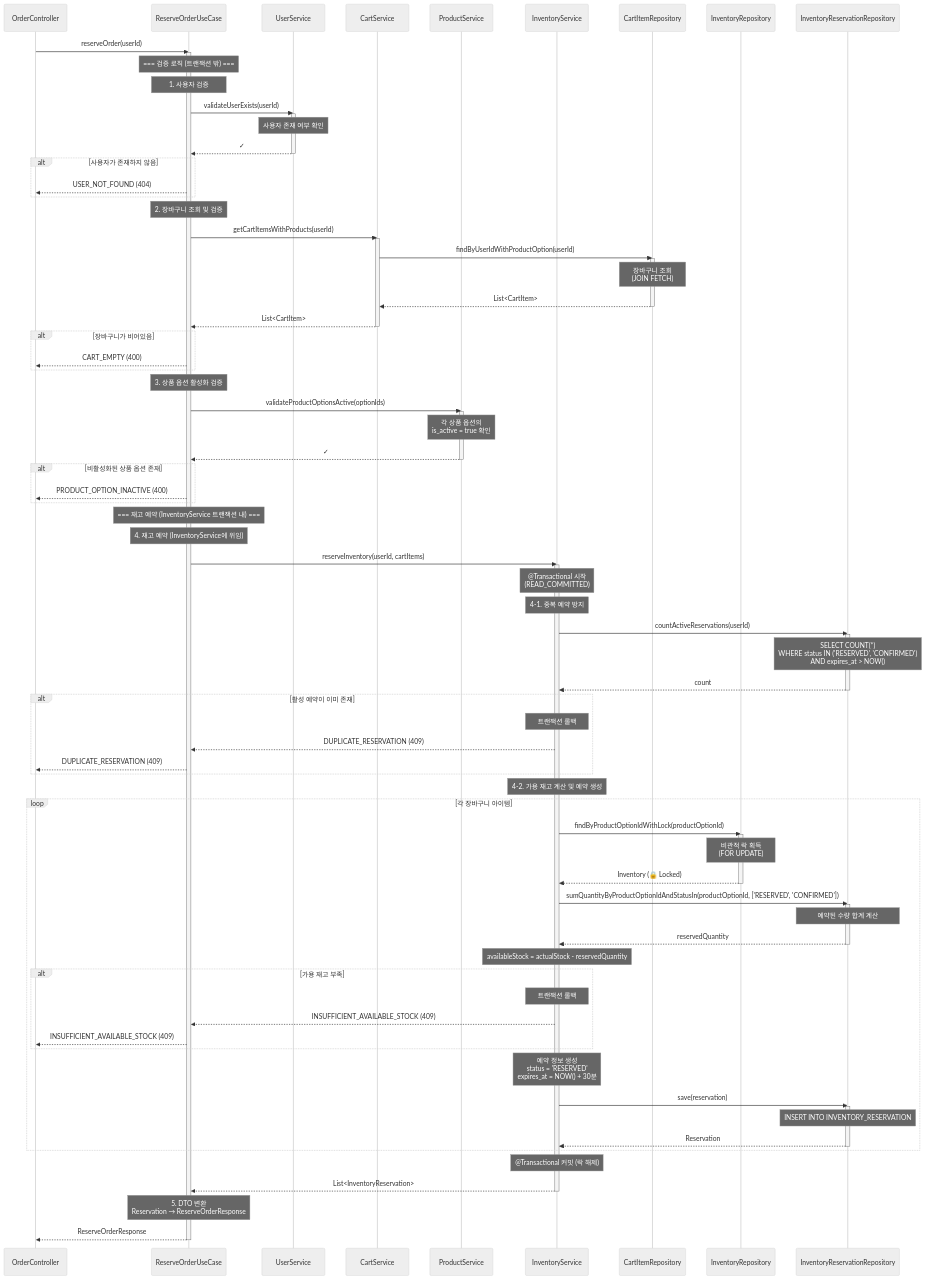
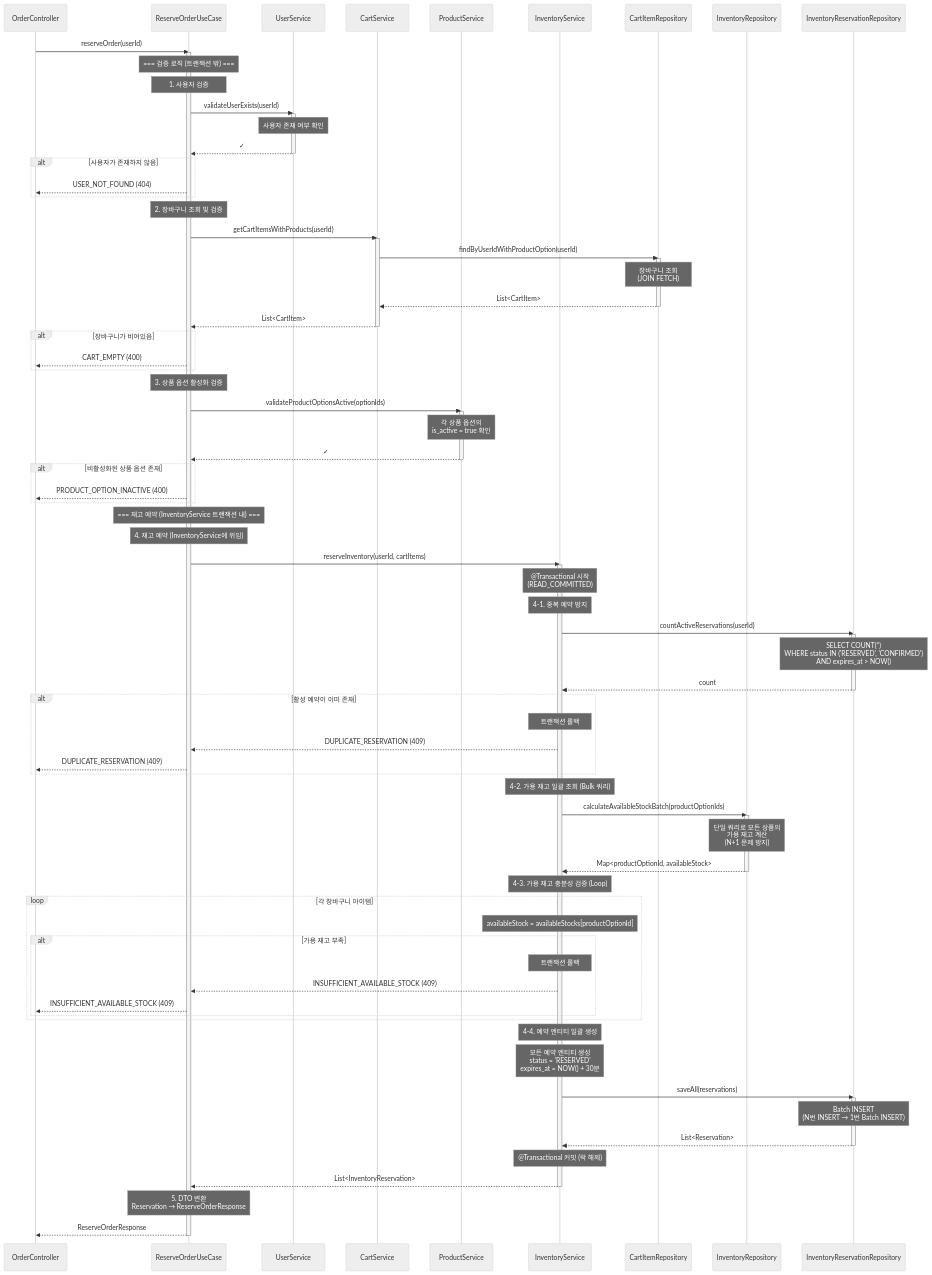
Before and after one commit to edit8080/commerce-api: the first of 2 diagrams in docs/api/order/reserve-order.md, drawn with Mermaid (neutral theme).

Commit message:
docs: 재고 예약간 N+1 문제로 인한 설계 수정

```diff
--- a/docs/api/order/reserve-order.md
+++ b/docs/api/order/reserve-order.md
@@ -353,37 +353,35 @@
         UseCase-->>Controller: DUPLICATE_RESERVATION (409)
     end
 
-    Note over InventorySvc: 4-2. 가용 재고 계산 및 예약 생성
+    Note over InventorySvc: 4-2. 가용 재고 일괄 조회 (Bulk 쿼리)
+
+    InventorySvc->>InventoryRepo: calculateAvailableStockBatch(productOptionIds)
+    activate InventoryRepo
+    Note over InventoryRepo: 단일 쿼리로 모든 상품의<br/>가용 재고 계산<br/>(N+1 문제 방지)
+    InventoryRepo-->>InventorySvc: Map<productOptionId, availableStock>
+    deactivate InventoryRepo
+
+    Note over InventorySvc: 4-3. 가용 재고 충분성 검증 (Loop)
 
     loop 각 장바구니 아이템
-        InventorySvc->>InventoryRepo: findByProductOptionIdWithLock(productOptionId)
-        activate InventoryRepo
-        Note over InventoryRepo: 비관적 락 획득<br/>(FOR UPDATE)
-        InventoryRepo-->>InventorySvc: Inventory (🔒 Locked)
-        deactivate InventoryRepo
-
-        InventorySvc->>ReservationRepo: sumQuantityByProductOptionIdAndStatusIn(productOptionId, ['RESERVED', 'CONFIRMED'])
-        activate ReservationRepo
-        Note over ReservationRepo: 예약된 수량 합계 계산
-        ReservationRepo-->>InventorySvc: reservedQuantity
-        deactivate ReservationRepo
-
-        Note over InventorySvc: availableStock = actualStock - reservedQuantity
+        Note over InventorySvc: availableStock = availableStocks[productOptionId]
 
         alt 가용 재고 부족
             Note over InventorySvc: 트랜잭션 롤백
             InventorySvc-->>UseCase: INSUFFICIENT_AVAILABLE_STOCK (409)
             UseCase-->>Controller: INSUFFICIENT_AVAILABLE_STOCK (409)
         end
+    end
 
-        Note over InventorySvc: 예약 정보 생성<br/>status = 'RESERVED'<br/>expires_at = NOW() + 30분
+    Note over InventorySvc: 4-4. 예약 엔티티 일괄 생성
 
-        InventorySvc->>ReservationRepo: save(reservation)
-        activate ReservationRepo
-        Note over ReservationRepo: INSERT INTO INVENTORY_RESERVATION
-        ReservationRepo-->>InventorySvc: Reservation
-        deactivate ReservationRepo
-    end
+    Note over InventorySvc: 모든 예약 엔티티 생성<br/>status = 'RESERVED'<br/>expires_at = NOW() + 30분
+
+    InventorySvc->>ReservationRepo: saveAll(reservations)
+    activate ReservationRepo
+    Note over ReservationRepo: Batch INSERT<br/>(N번 INSERT → 1번 Batch INSERT)
+    ReservationRepo-->>InventorySvc: List<Reservation>
+    deactivate ReservationRepo
 
     Note over InventorySvc: @Transactional 커밋 (락 해제)
 
```
